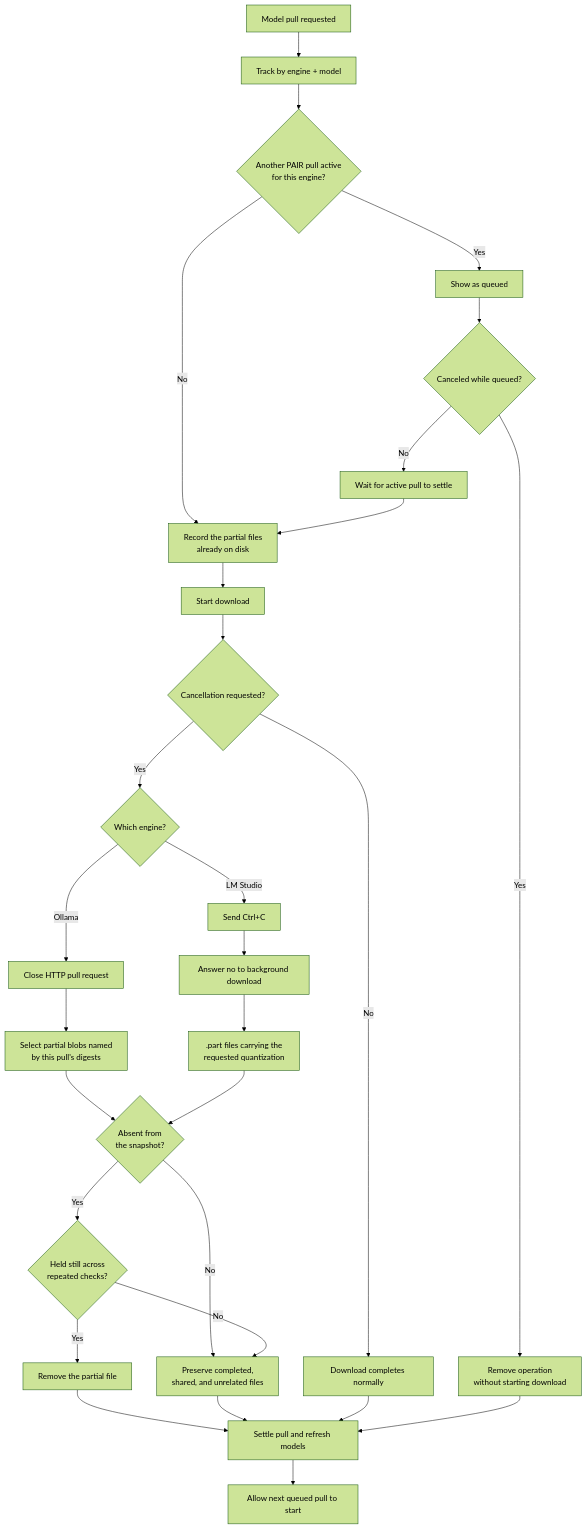
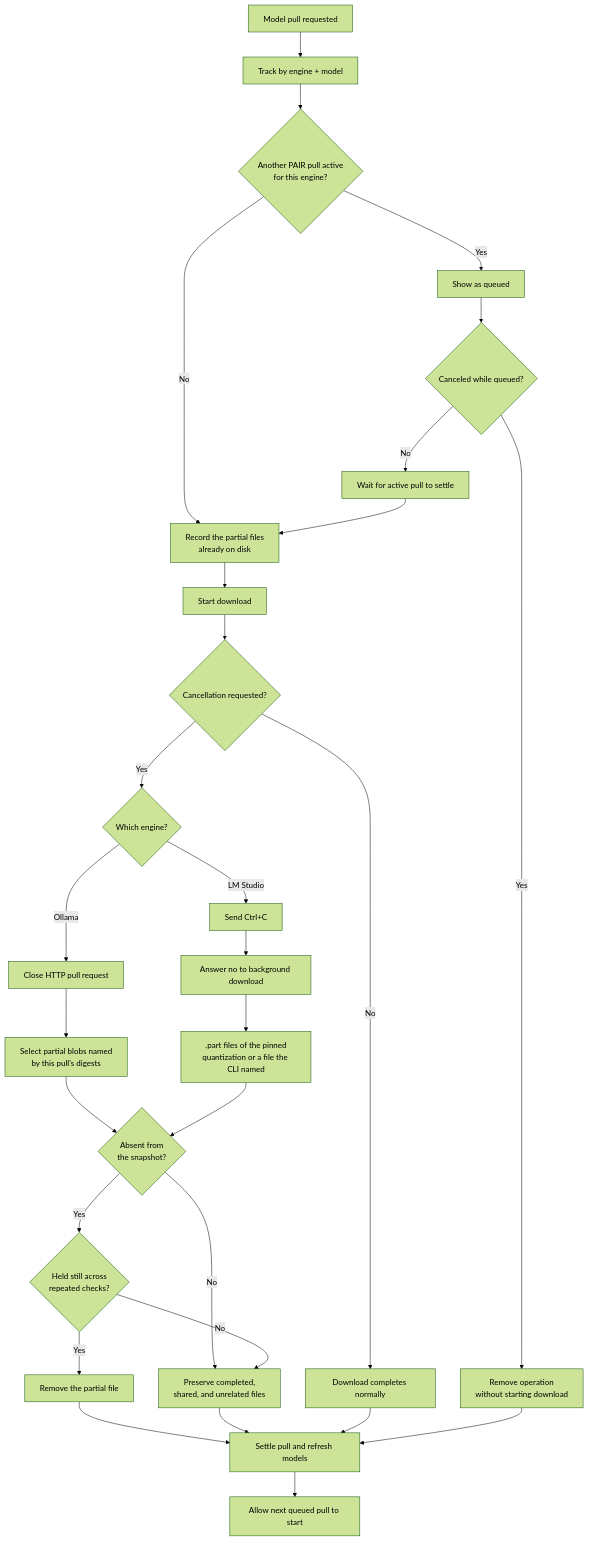
The second of 2 diagrams in desktop/docs/services-parity.md (NVIDIA/Personal-AI-Router), drawn with Mermaid (forest theme) before and after one commit. The commit also changed other lines of this file and 11 other files, not shown here.

````diff
--- a/desktop/docs/services-parity.md
+++ b/desktop/docs/services-parity.md
@@ -342,38 +352,38 @@
 ```mermaid
 flowchart TD
     Request["Model pull requested"] --> Tracked["Track by engine + model"]
     Tracked --> Busy{"Another PAIR pull active<br/>for this engine?"}
 
     Busy -- No --> Snapshot["Record the partial files<br/>already on disk"]
     Busy -- Yes --> Queued["Show as queued"]
 
     Queued --> QueueCancel{"Canceled while queued?"}
     QueueCancel -- Yes --> NeverStarted["Remove operation<br/>without starting download"]
     QueueCancel -- No --> Wait["Wait for active pull to settle"]
     Wait --> Snapshot
 
     Snapshot --> Active["Start download"]
     Active --> Cancel{"Cancellation requested?"}
     Cancel -- No --> Complete["Download completes normally"]
     Cancel -- Yes --> Engine{"Which engine?"}
 
     Engine -- Ollama --> OllamaStop["Close HTTP pull request"]
     OllamaStop --> OllamaCandidates["Select partial blobs named<br/>by this pull's digests"]
 
     Engine -- LM Studio --> LMSStop["Send Ctrl+C"]
     LMSStop --> LMSPrompt["Answer no to background download"]
-    LMSPrompt --> LMSCandidates[".part files carrying the<br/>requested quantization"]
+    LMSPrompt --> LMSCandidates[".part files of the pinned<br/>quantization or a file the CLI named"]
 
     OllamaCandidates --> Owned{"Absent from<br/>the snapshot?"}
     LMSCandidates --> Owned
     Owned -- No --> Preserve["Preserve completed,<br/>shared, and unrelated files"]
     Owned -- Yes --> Quiet{"Held still across<br/>repeated checks?"}
     Quiet -- No --> Preserve
     Quiet -- Yes --> Delete["Remove the partial file"]
 
     Delete --> Settle["Settle pull and refresh models"]
     Preserve --> Settle
     Complete --> Settle
     NeverStarted --> Settle
     Settle --> Next["Allow next queued pull to start"]
 ```
````
